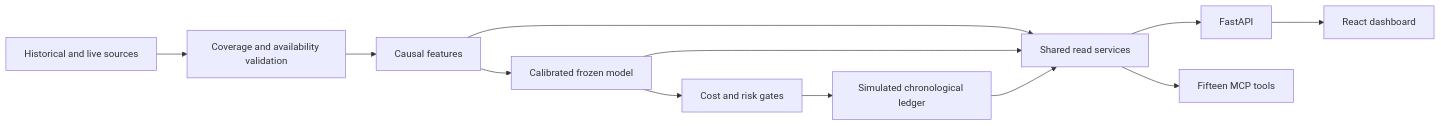
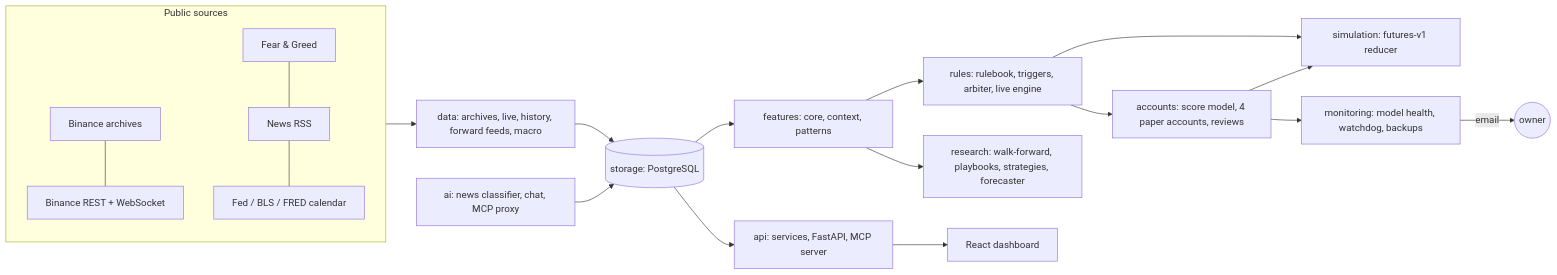
The diagram in README.md (Jaideep27/Qunat-Pilot-BTC), drawn with Mermaid before and after one commit. The commit also changed other lines of this file and 49 other files, not shown here.

First line of the commit message:
Public README, current architecture, docs grouped by topic

````diff
--- a/README.md
+++ b/README.md
@@ -107,14 +24,20 @@
 ```mermaid
 flowchart LR
-    Sources[Historical and live sources] --> Audit[Coverage and availability validation]
-    Audit --> Features[Causal features]
-    Features --> Model[Calibrated frozen model]
-    Model --> Risk[Cost and risk gates]
-    Risk --> Ledger[Simulated chronological ledger]
-    Features --> Services[Shared read services]
-    Model --> Services
-    Ledger --> Services
-    Services --> API[FastAPI]
-    Services --> MCP[Fifteen MCP tools]
+    subgraph Sources[Public sources]
+        BV[Binance archives] --- BR[Binance REST + WebSocket]
+        FG[Fear & Greed] --- RSS[News RSS] --- MAC[Fed / BLS / FRED calendar]
+    end
+    Sources --> DATA[data: archives, live, history, forward feeds, macro]
+    DATA --> DB[(storage: PostgreSQL)]
+    DB --> FEAT[features: core, context, patterns]
+    FEAT --> RULES[rules: rulebook, triggers, arbiter, live engine]
+    RULES --> ACC[accounts: score model, 4 paper accounts, reviews]
+    RULES --> SIM[simulation: futures-v1 reducer]
+    ACC --> SIM
+    FEAT --> RES[research: walk-forward, playbooks, strategies, forecaster]
+    ACC --> MON[monitoring: model health, watchdog, backups]
+    AI[ai: news classifier, chat, MCP proxy] --> DB
+    DB --> API[api: services, FastAPI, MCP server]
     API --> UI[React dashboard]
+    MON -->|email| OWNER((owner))
 ```
````
